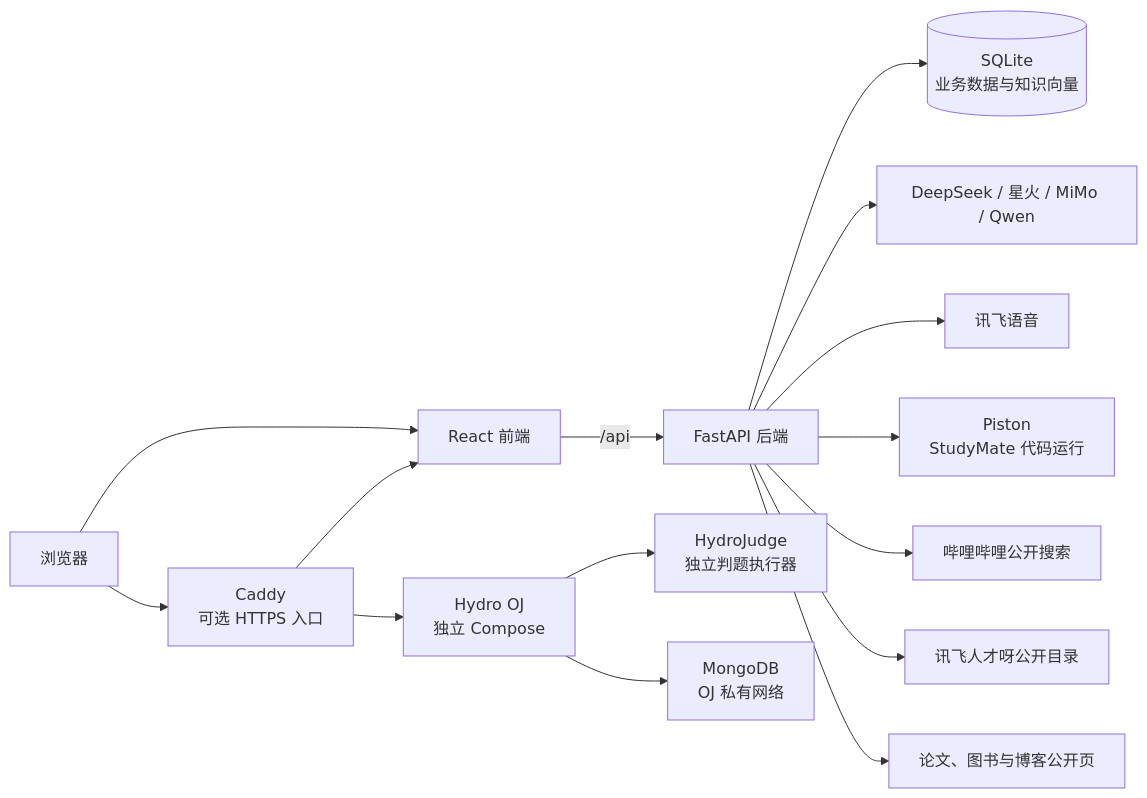
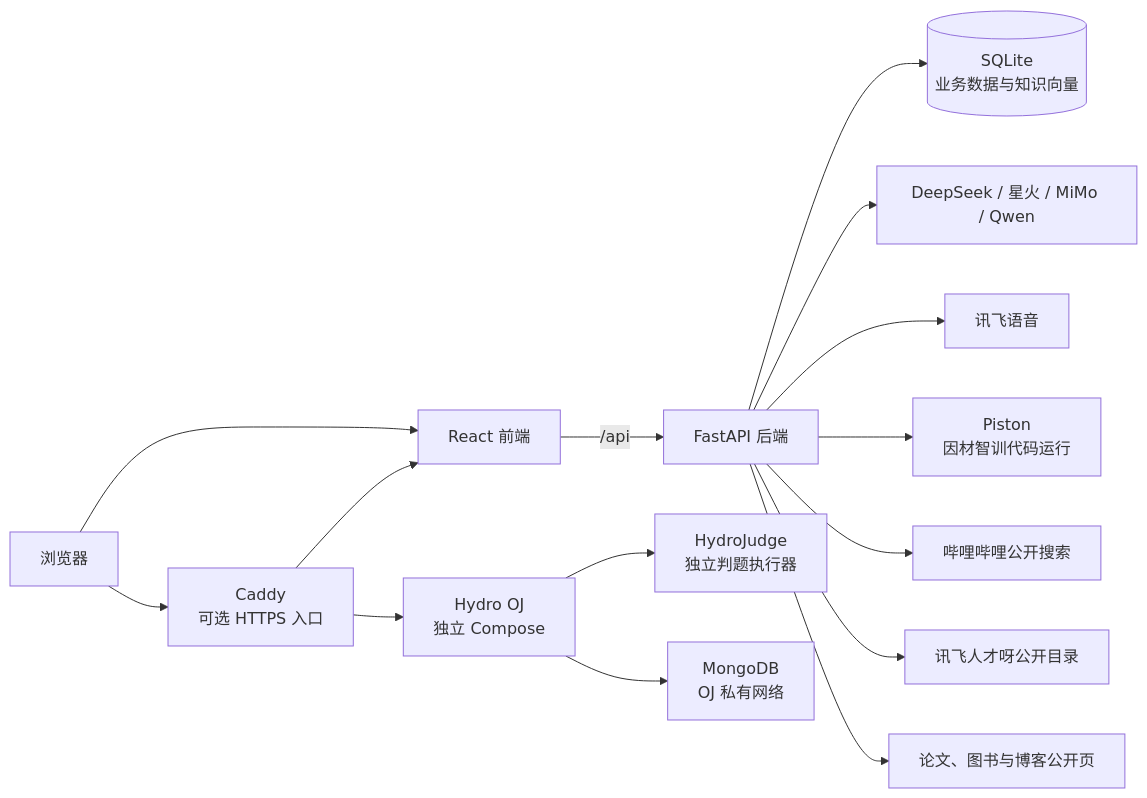
The first of 2 diagrams in studymate/docs/系统架构.md (sunjiayu929-max/studymate-competition-OpenBidding), drawn with Mermaid before and after one commit. The commit also changed other lines of this file and 69 other files, not shown here.

````diff
--- a/studymate/docs/系统架构.md
+++ b/studymate/docs/系统架构.md
@@ -7,17 +7,17 @@
 ```mermaid
 flowchart LR
     U[浏览器] --> C[Caddy\n可选 HTTPS 入口]
     U --> F[React 前端]
     C --> F
     F -->|/api| B[FastAPI 后端]
     B --> DB[(SQLite\n业务数据与知识向量)]
     B --> LLM[DeepSeek / 星火 / MiMo / Qwen]
     B --> VOICE[讯飞语音]
-    B --> P[Piston\nStudyMate 代码运行]
+    B --> P[Piston\n因材智训代码运行]
     C --> O[Hydro OJ\n独立 Compose]
     O --> J[HydroJudge\n独立判题执行器]
     O --> M[MongoDB\nOJ 私有网络]
     B --> BILI[哔哩哔哩公开搜索]
     B --> RCY[讯飞人才呀公开目录]
     B --> READING[论文、图书与博客公开页]
 ```
````
